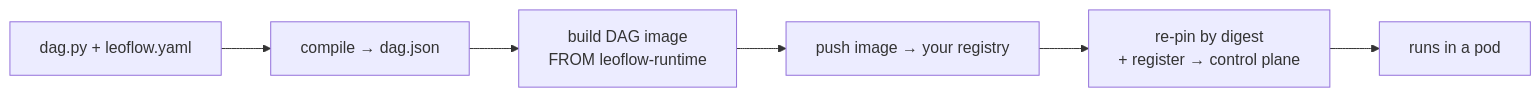
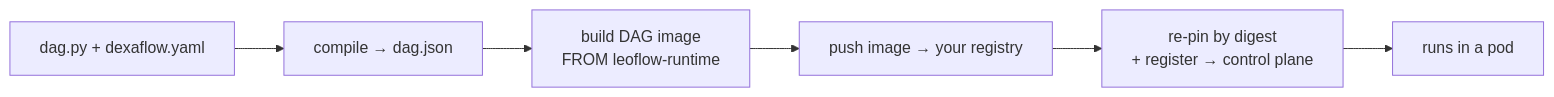
One commit to dexadata/dexaflow changed the diagram in website/content/operate/first-pro-dag.md. Above: the diagram before and after it, drawn with Mermaid. The commit also changed other lines of this file and 181 other files, not shown here.

Commit message:
docs: document dexaflow.yaml, DEXAFLOW_ and ~/.dexaflow, and bind both env prefixes in the loaders

````diff
--- a/website/content/operate/first-pro-dag.md
+++ b/website/content/operate/first-pro-dag.md
@@ -20,8 +20,8 @@
 ```mermaid
 flowchart LR
-  A[dag.py + leoflow.yaml] --> B[compile → dag.json]
+  A[dag.py + dexaflow.yaml] --> B[compile → dag.json]
   B --> C[build DAG image<br/>FROM leoflow-runtime]
   C --> D[push image → your registry]
   D --> E[re-pin by digest<br/>+ register → control plane]
   E --> F[runs in a pod]
 ```
````
